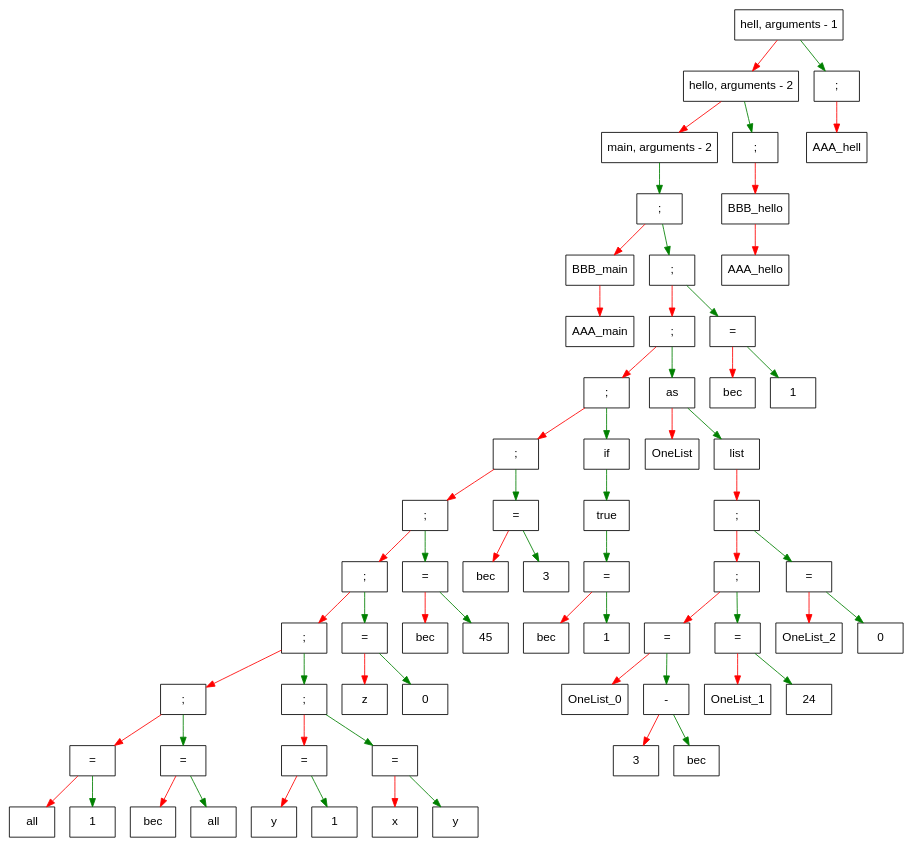
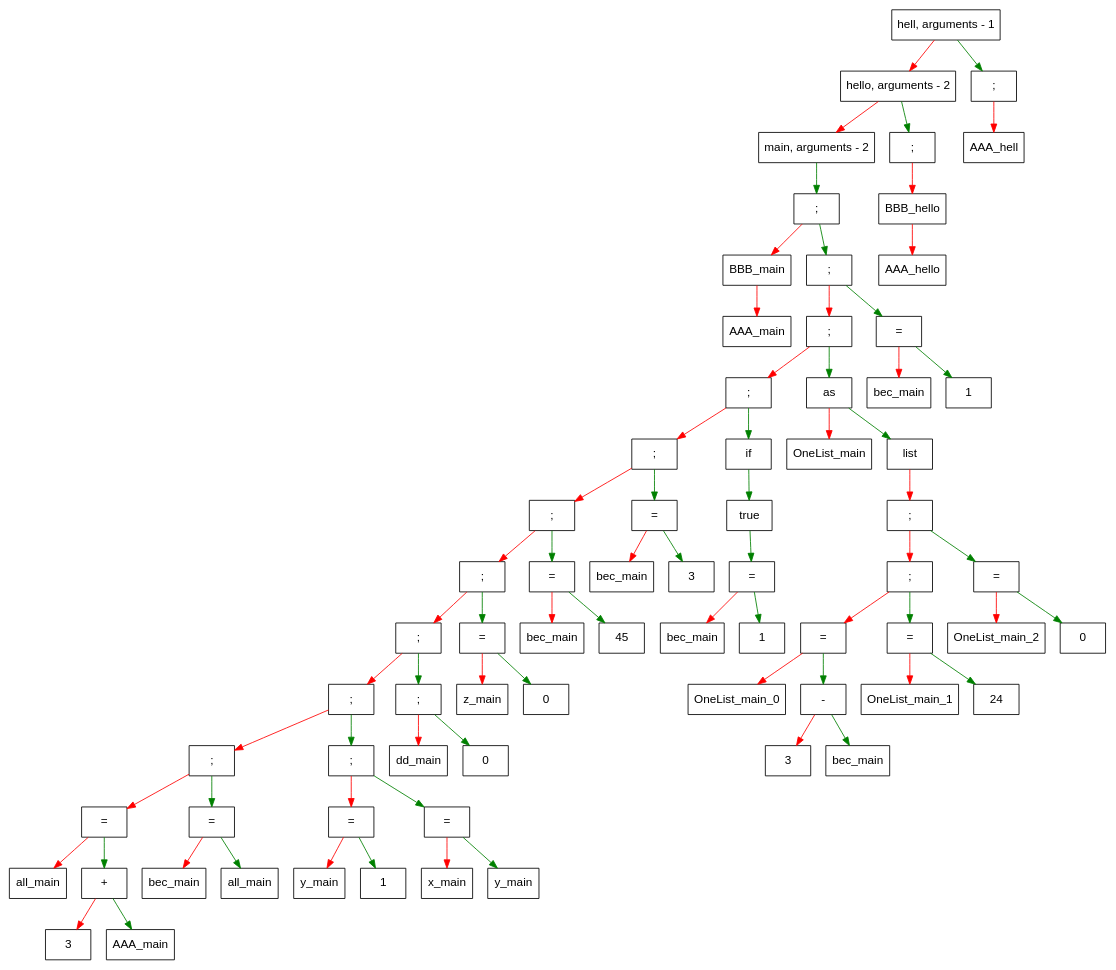
Before and after one commit to Naminar/Language: the diagram in dump.dot, drawn with Graphviz. The commit also changed 8 other files, not shown here.

```diff
--- a/dump.dot
+++ b/dump.dot
@@ -1,132 +1,144 @@
 digraph G{
  size="100" node [shape = record, fontname = Arial];
-    elem000001bb2d358de0[label = " {hell, arguments - 1} "];
+    elem000002b54e8a97a0[label = " {hell, arguments - 1} "];
 edge [color = red];
-elem000001bb2d358de0 -> elem000001bb2d359560;edge [color = green];
-elem000001bb2d358de0 -> elem000001bb2d35b380;elem000001bb2d359560[label = " {hello, arguments - 2} "];
+elem000002b54e8a97a0 -> elem000002b54e8a9420;edge [color = green];
+elem000002b54e8a97a0 -> elem000002b54e8a63f0;elem000002b54e8a9420[label = " {hello, arguments - 2} "];
 edge [color = red];
-elem000001bb2d359560 -> elem000001bb2d351630;edge [color = green];
-elem000001bb2d359560 -> elem000001bb2d35ab80;elem000001bb2d351630[label = " {main, arguments - 2} "];
+elem000002b54e8a9420 -> elem000002b54e8a1630;edge [color = green];
+elem000002b54e8a9420 -> elem000002b54e8a5c30;elem000002b54e8a1630[label = " {main, arguments - 2} "];
 edge [color = green];
-elem000001bb2d351630 -> elem000001bb2d3595e0;elem000001bb2d3595e0[label = " { ; } "];
+elem000002b54e8a1630 -> elem000002b54e8a6230;elem000002b54e8a6230[label = " { ; } "];
 edge [color = red];
-elem000001bb2d3595e0 -> elem000001bb2d3517e0;edge [color = green];
-elem000001bb2d3595e0 -> elem000001bb2d35b040;elem000001bb2d3517e0[label = " {BBB_main} "];
+elem000002b54e8a6230 -> elem000002b54e8a17e0;edge [color = green];
+elem000002b54e8a6230 -> elem000002b54e8a67f0;elem000002b54e8a17e0[label = " {BBB_main} "];
 edge [color = red];
-elem000001bb2d3517e0 -> elem000001bb2d351750;elem000001bb2d351750[label = " {AAA_main} "];
-elem000001bb2d35b040[label = " { ; } "];
+elem000002b54e8a17e0 -> elem000002b54e8a1750;elem000002b54e8a1750[label = " {AAA_main} "];
+elem000002b54e8a67f0[label = " { ; } "];
 edge [color = red];
-elem000001bb2d35b040 -> elem000001bb2d35b140;edge [color = green];
-elem000001bb2d35b040 -> elem000001bb2d3592a0;elem000001bb2d35b140[label = " { ; } "];
+elem000002b54e8a67f0 -> elem000002b54e8a62b0;edge [color = green];
+elem000002b54e8a67f0 -> elem000002b54e8a94a0;elem000002b54e8a62b0[label = " { ; } "];
 edge [color = red];
-elem000001bb2d35b140 -> elem000001bb2d35a980;edge [color = green];
-elem000001bb2d35b140 -> elem000001bb2d358ee0;elem000001bb2d35a980[label = " { ; } "];
+elem000002b54e8a62b0 -> elem000002b54e8a6470;edge [color = green];
+elem000002b54e8a62b0 -> elem000002b54e8a9120;elem000002b54e8a6470[label = " { ; } "];
 edge [color = red];
-elem000001bb2d35a980 -> elem000001bb2d35b300;edge [color = green];
-elem000001bb2d35a980 -> elem000001bb2d357ac0;elem000001bb2d35b300[label = " { ; } "];
+elem000002b54e8a6470 -> elem000002b54e8a60b0;edge [color = green];
+elem000002b54e8a6470 -> elem000002b54e8a90e0;elem000002b54e8a60b0[label = " { ; } "];
 edge [color = red];
-elem000001bb2d35b300 -> elem000001bb2d35acc0;edge [color = green];
-elem000001bb2d35b300 -> elem000001bb2d357b40;elem000001bb2d35acc0[label = " { ; } "];
+elem000002b54e8a60b0 -> elem000002b54e8a62f0;edge [color = green];
+elem000002b54e8a60b0 -> elem000002b54e8a7800;elem000002b54e8a62f0[label = " { ; } "];
 edge [color = red];
-elem000001bb2d35acc0 -> elem000001bb2d35aec0;edge [color = green];
-elem000001bb2d35acc0 -> elem000001bb2d357740;elem000001bb2d35aec0[label = " { ; } "];
+elem000002b54e8a62f0 -> elem000002b54e8a6070;edge [color = green];
+elem000002b54e8a62f0 -> elem000002b54e8a7640;elem000002b54e8a6070[label = " { ; } "];
 edge [color = red];
-elem000001bb2d35aec0 -> elem000001bb2d35a8c0;edge [color = green];
-elem000001bb2d35aec0 -> elem000001bb2d35b280;elem000001bb2d35a8c0[label = " { ; } "];
+elem000002b54e8a6070 -> elem000002b54e8a66b0;edge [color = green];
+elem000002b54e8a6070 -> elem000002b54e8a6530;elem000002b54e8a66b0[label = " { ; } "];
 edge [color = red];
-elem000001bb2d35a8c0 -> elem000001bb2d3599e0;edge [color = green];
-elem000001bb2d35a8c0 -> elem000001bb2d35a9c0;elem000001bb2d3599e0[label = " { ; } "];
+elem000002b54e8a66b0 -> elem000002b54e8a5f70;edge [color = green];
+elem000002b54e8a66b0 -> elem000002b54e8a64b0;elem000002b54e8a5f70[label = " { ; } "];
 edge [color = red];
-elem000001bb2d3599e0 -> elem000001bb2d356b20;edge [color = green];
-elem000001bb2d3599e0 -> elem000001bb2d356a00;elem000001bb2d356b20[label = " { = } "];
+elem000002b54e8a5f70 -> elem000002b54e8a5fb0;edge [color = green];
+elem000002b54e8a5f70 -> elem000002b54e8a6130;elem000002b54e8a5fb0[label = " { ; } "];
 edge [color = red];
-elem000001bb2d356b20 -> elem000001bb2d356a90;edge [color = green];
-elem000001bb2d356b20 -> elem000001bb2d356bb0;elem000001bb2d356a90[label = " {all} "];
-elem000001bb2d356bb0[label = " {1} "];
-elem000001bb2d356a00[label = " { = } "];
+elem000002b54e8a5fb0 -> elem000002b54e8a6b20;edge [color = green];
+elem000002b54e8a5fb0 -> elem000002b54e8a6a00;elem000002b54e8a6b20[label = " { = } "];
 edge [color = red];
-elem000001bb2d356a00 -> elem000001bb2d356970;edge [color = green];
-elem000001bb2d356a00 -> elem000001bb2d359920;elem000001bb2d356970[label = " {bec} "];
-elem000001bb2d359920[label = " {all} "];
-elem000001bb2d35a9c0[label = " { ; } "];
+elem000002b54e8a6b20 -> elem000002b54e8a6a90;edge [color = green];
+elem000002b54e8a6b20 -> elem000002b54e8a7680;elem000002b54e8a6a90[label = " {all_main} "];
+elem000002b54e8a7680[label = " { + } "];
 edge [color = red];
-elem000001bb2d35a9c0 -> elem000001bb2d357980;edge [color = green];
-elem000001bb2d35a9c0 -> elem000001bb2d357510;elem000001bb2d357980[label = " { = } "];
+elem000002b54e8a7680 -> elem000002b54e8a74b0;edge [color = green];
+elem000002b54e8a7680 -> elem000002b54e8a7840;elem000002b54e8a74b0[label = " {3} "];
+elem000002b54e8a7840[label = " {AAA_main} "];
+elem000002b54e8a6a00[label = " { = } "];
 edge [color = red];
-elem000001bb2d357980 -> elem000001bb2d357c80;edge [color = green];
-elem000001bb2d357980 -> elem000001bb2d357b80;elem000001bb2d357c80[label = " {y} "];
-elem000001bb2d357b80[label = " {1} "];
-elem000001bb2d357510[label = " { = } "];
+elem000002b54e8a6a00 -> elem000002b54e8a6970;edge [color = green];
+elem000002b54e8a6a00 -> elem000002b54e8a5cb0;elem000002b54e8a6970[label = " {bec_main} "];
+elem000002b54e8a5cb0[label = " {all_main} "];
+elem000002b54e8a6130[label = " { ; } "];
 edge [color = red];
-elem000001bb2d357510 -> elem000001bb2d3574b0;edge [color = green];
-elem000001bb2d357510 -> elem000001bb2d35a900;elem000001bb2d3574b0[label = " {x} "];
-elem000001bb2d35a900[label = " {y} "];
-elem000001bb2d35b280[label = " { = } "];
+elem000002b54e8a6130 -> elem000002b54e8a7c00;edge [color = green];
+elem000002b54e8a6130 -> elem000002b54e8a7bc0;elem000002b54e8a7c00[label = " { = } "];
 edge [color = red];
-elem000001bb2d35b280 -> elem000001bb2d357cc0;edge [color = green];
-elem000001bb2d35b280 -> elem000001bb2d35afc0;elem000001bb2d357cc0[label = " {z} "];
-elem000001bb2d35afc0[label = " {0} "];
-elem000001bb2d357740[label = " { = } "];
+elem000002b54e8a7c00 -> elem000002b54e8a77c0;edge [color = green];
+elem000002b54e8a7c00 -> elem000002b54e8a7700;elem000002b54e8a77c0[label = " {y_main} "];
+elem000002b54e8a7700[label = " {1} "];
+elem000002b54e8a7bc0[label = " { = } "];
 edge [color = red];
-elem000001bb2d357740 -> elem000001bb2d357680;edge [color = green];
-elem000001bb2d357740 -> elem000001bb2d357bc0;elem000001bb2d357680[label = " {bec} "];
-elem000001bb2d357bc0[label = " {45} "];
-elem000001bb2d357b40[label = " { = } "];
+elem000002b54e8a7bc0 -> elem000002b54e8a7b40;edge [color = green];
+elem000002b54e8a7bc0 -> elem000002b54e8a5d30;elem000002b54e8a7b40[label = " {x_main} "];
+elem000002b54e8a5d30[label = " {y_main} "];
+elem000002b54e8a64b0[label = " { ; } "];
 edge [color = red];
-elem000001bb2d357b40 -> elem000001bb2d357800;edge [color = green];
-elem000001bb2d357b40 -> elem000001bb2d357780;elem000001bb2d357800[label = " {bec} "];
-elem000001bb2d357780[label = " {3} "];
-elem000001bb2d357ac0[label = " {if} "];
+elem000002b54e8a64b0 -> elem000002b54e8a7b00;edge [color = green];
+elem000002b54e8a64b0 -> elem000002b54e8a5970;elem000002b54e8a7b00[label = " {dd_main} "];
+elem000002b54e8a5970[label = " {0} "];
+elem000002b54e8a6530[label = " { = } "];
+edge [color = red];
+elem000002b54e8a6530 -> elem000002b54e8a7c40;edge [color = green];
+elem000002b54e8a6530 -> elem000002b54e8a5d70;elem000002b54e8a7c40[label = " {z_main} "];
+elem000002b54e8a5d70[label = " {0} "];
+elem000002b54e8a7640[label = " { = } "];
+edge [color = red];
+elem000002b54e8a7640 -> elem000002b54e8a7900;edge [color = green];
+elem000002b54e8a7640 -> elem000002b54e8a7940;elem000002b54e8a7900[label = " {bec_main} "];
+elem000002b54e8a7940[label = " {45} "];
+elem000002b54e8a7800[label = " { = } "];
+edge [color = red];
+elem000002b54e8a7800 -> elem000002b54e8a7780;edge [color = green];
+elem000002b54e8a7800 -> elem000002b54e8a92a0;elem000002b54e8a7780[label = " {bec_main} "];
+elem000002b54e8a92a0[label = " {3} "];
+elem000002b54e8a90e0[label = " {if} "];
 edge [color = green];
-elem000001bb2d357ac0 -> elem000001bb2d359a20;elem000001bb2d359a20[label = " {true} "];
+elem000002b54e8a90e0 -> elem000002b54e8a8c20;elem000002b54e8a8c20[label = " {true} "];
 edge [color = green];
-elem000001bb2d359a20 -> elem000001bb2d3597a0;elem000001bb2d3597a0[label = " { = } "];
+elem000002b54e8a8c20 -> elem000002b54e8a8d60;elem000002b54e8a8d60[label = " { = } "];
 edge [color = red];
-elem000001bb2d3597a0 -> elem000001bb2d359aa0;edge [color = green];
-elem000001bb2d3597a0 -> elem000001bb2d359120;elem000001bb2d359aa0[label = " {bec} "];
-elem000001bb2d359120[label = " {1} "];
-elem000001bb2d358ee0[label = " {as} "];
+elem000002b54e8a8d60 -> elem000002b54e8a9b60;edge [color = green];
+elem000002b54e8a8d60 -> elem000002b54e8a91e0;elem000002b54e8a9b60[label = " {bec_main} "];
+elem000002b54e8a91e0[label = " {1} "];
+elem000002b54e8a9120[label = " {as} "];
 edge [color = red];
-elem000001bb2d358ee0 -> elem000001bb2d3591e0;edge [color = green];
-elem000001bb2d358ee0 -> elem000001bb2d359720;elem000001bb2d3591e0[label = " {OneList} "];
-elem000001bb2d359720[label = " {list} "];
+elem000002b54e8a9120 -> elem000002b54e8a8ee0;edge [color = green];
+elem000002b54e8a9120 -> elem000002b54e8a9760;elem000002b54e8a8ee0[label = " {OneList_main} "];
+elem000002b54e8a9760[label = " {list} "];
 edge [color = red];
-elem000001bb2d359720 -> elem000001bb2d35b100;elem000001bb2d35b100[label = " { ; } "];
+elem000002b54e8a9760 -> elem000002b54e8a59f0;elem000002b54e8a59f0[label = " { ; } "];
 edge [color = red];
-elem000001bb2d35b100 -> elem000001bb2d35aa00;edge [color = green];
-elem000001bb2d35b100 -> elem000001bb2d35b240;elem000001bb2d35aa00[label = " { ; } "];
+elem000002b54e8a59f0 -> elem000002b54e8a5cf0;edge [color = green];
+elem000002b54e8a59f0 -> elem000002b54e8a66f0;elem000002b54e8a5cf0[label = " { ; } "];
 edge [color = red];
-elem000001bb2d35aa00 -> elem000001bb2d35aa80;edge [color = green];
-elem000001bb2d35aa00 -> elem000001bb2d35a640;elem000001bb2d35aa80[label = " { = } "];
+elem000002b54e8a5cf0 -> elem000002b54e8a6270;edge [color = green];
+elem000002b54e8a5cf0 -> elem000002b54e8a6170;elem000002b54e8a6270[label = " { = } "];
 edge [color = red];
-elem000001bb2d35aa80 -> elem000001bb2d35aa40;edge [color = green];
-elem000001bb2d35aa80 -> elem000001bb2d358fe0;elem000001bb2d35aa40[label = " {OneList_0} "];
-elem000001bb2d358fe0[label = " { - } "];
+elem000002b54e8a6270 -> elem000002b54e8a5db0;edge [color = green];
+elem000002b54e8a6270 -> elem000002b54e8a99e0;elem000002b54e8a5db0[label = " {OneList_main_0} "];
+elem000002b54e8a99e0[label = " { - } "];
 edge [color = red];
-elem000001bb2d358fe0 -> elem000001bb2d3597e0;edge [color = green];
-elem000001bb2d358fe0 -> elem000001bb2d3596e0;elem000001bb2d3597e0[label = " {3} "];
-elem000001bb2d3596e0[label = " {bec} "];
-elem000001bb2d35a640[label = " { = } "];
+elem000002b54e8a99e0 -> elem000002b54e8a91a0;edge [color = green];
+elem000002b54e8a99e0 -> elem000002b54e8a8ca0;elem000002b54e8a91a0[label = " {3} "];
+elem000002b54e8a8ca0[label = " {bec_main} "];
+elem000002b54e8a6170[label = " { = } "];
 edge [color = red];
-elem000001bb2d35a640 -> elem000001bb2d35a800;edge [color = green];
-elem000001bb2d35a640 -> elem000001bb2d358d20;elem000001bb2d35a800[label = " {OneList_1} "];
-elem000001bb2d358d20[label = " {24} "];
-elem000001bb2d35b240[label = " { = } "];
+elem000002b54e8a6170 -> elem000002b54e8a60f0;edge [color = green];
+elem000002b54e8a6170 -> elem000002b54e8a9220;elem000002b54e8a60f0[label = " {OneList_main_1} "];
+elem000002b54e8a9220[label = " {24} "];
+elem000002b54e8a66f0[label = " { = } "];
 edge [color = red];
-elem000001bb2d35b240 -> elem000001bb2d35a6c0;edge [color = green];
-elem000001bb2d35b240 -> elem000001bb2d35a480;elem000001bb2d35a6c0[label = " {OneList_2} "];
-elem000001bb2d35a480[label = " {0} "];
-elem000001bb2d3592a0[label = " { = } "];
+elem000002b54e8a66f0 -> elem000002b54e8a6770;edge [color = green];
+elem000002b54e8a66f0 -> elem000002b54e8a6630;elem000002b54e8a6770[label = " {OneList_main_2} "];
+elem000002b54e8a6630[label = " {0} "];
+elem000002b54e8a94a0[label = " { = } "];
 edge [color = red];
-elem000001bb2d3592a0 -> elem000001bb2d3591a0;edge [color = green];
-elem000001bb2d3592a0 -> elem000001bb2d359060;elem000001bb2d3591a0[label = " {bec} "];
-elem000001bb2d359060[label = " {1} "];
-elem000001bb2d35ab80[label = " { ; } "];
+elem000002b54e8a94a0 -> elem000002b54e8a93a0;edge [color = green];
+elem000002b54e8a94a0 -> elem000002b54e8a9a20;elem000002b54e8a93a0[label = " {bec_main} "];
+elem000002b54e8a9a20[label = " {1} "];
+elem000002b54e8a5c30[label = " { ; } "];
 edge [color = red];
-elem000001bb2d35ab80 -> elem000001bb2d358ca0;elem000001bb2d358ca0[label = " {BBB_hello} "];
+elem000002b54e8a5c30 -> elem000002b54e8a8da0;elem000002b54e8a8da0[label = " {BBB_hello} "];
 edge [color = red];
-elem000001bb2d358ca0 -> elem000001bb2d358c60;elem000001bb2d358c60[label = " {AAA_hello} "];
-elem000001bb2d35b380[label = " { ; } "];
+elem000002b54e8a8da0 -> elem000002b54e8a9560;elem000002b54e8a9560[label = " {AAA_hello} "];
+elem000002b54e8a63f0[label = " { ; } "];
 edge [color = red];
-elem000001bb2d35b380 -> elem000001bb2d3593a0;elem000001bb2d3593a0[label = " {AAA_hell} "];
+elem000002b54e8a63f0 -> elem000002b54e8a9ae0;elem000002b54e8a9ae0[label = " {AAA_hell} "];
 }
```
